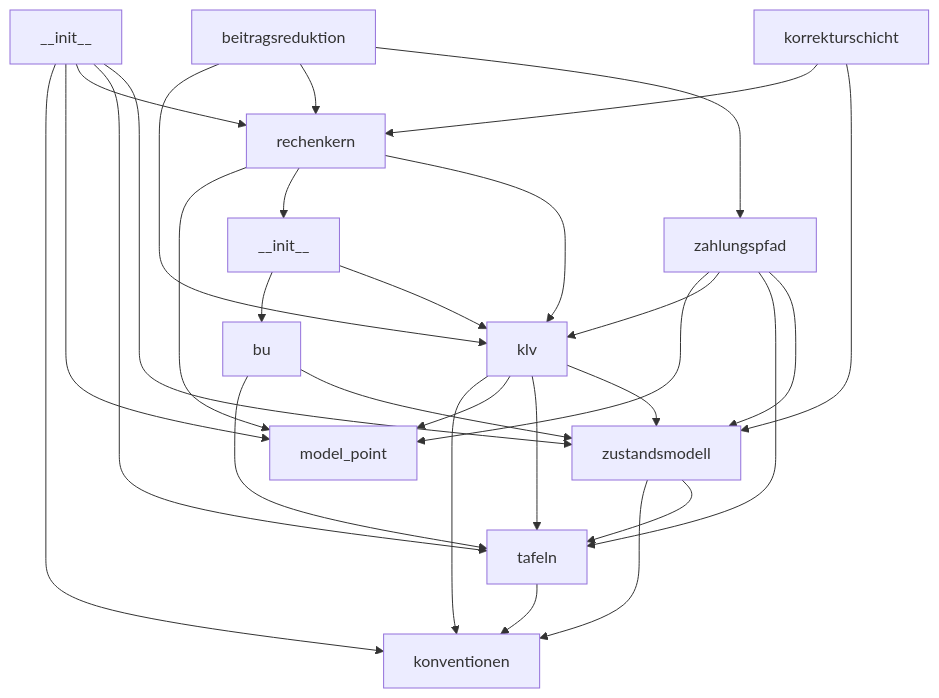
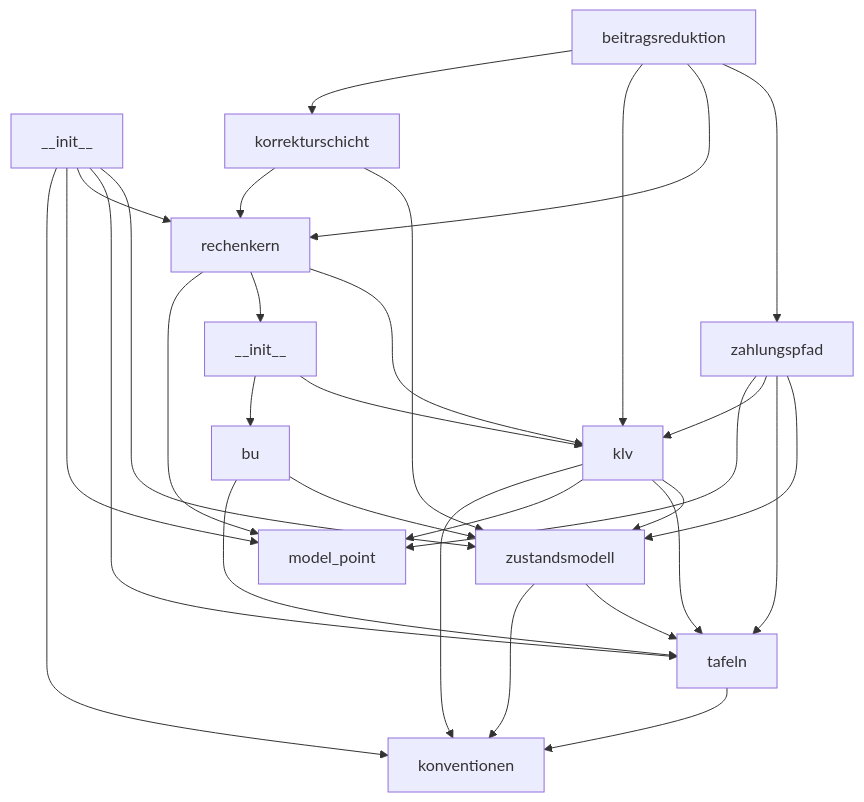
One commit to bartlmac/rechner-pipeline changed the third of 3 diagrams in docs/architektur/landkarte.md. Above: the diagram before and after it, drawn with Mermaid. The commit also changed other lines of this file and 14 other files, not shown here.

````diff
--- a/docs/architektur/landkarte.md
+++ b/docs/architektur/landkarte.md
@@ -105,44 +105,45 @@
 ```mermaid
 %% kern — erzeugt von ontologie.landkarte
 flowchart TD
     rechner_pipeline_kern___init___py["__init__"]
     rechner_pipeline_kern_beitragsreduktion_py["beitragsreduktion"]
     rechner_pipeline_kern_konventionen_py["konventionen"]
     rechner_pipeline_kern_korrekturschicht_py["korrekturschicht"]
     rechner_pipeline_kern_model_point_py["model_point"]
     rechner_pipeline_kern_produkte___init___py["__init__"]
     rechner_pipeline_kern_produkte_bu_py["bu"]
     rechner_pipeline_kern_produkte_klv_py["klv"]
     rechner_pipeline_kern_rechenkern_py["rechenkern"]
     rechner_pipeline_kern_tafeln_py["tafeln"]
     rechner_pipeline_kern_zahlungspfad_py["zahlungspfad"]
     rechner_pipeline_kern_zustandsmodell_py["zustandsmodell"]
     rechner_pipeline_kern___init___py --> rechner_pipeline_kern_konventionen_py
     rechner_pipeline_kern___init___py --> rechner_pipeline_kern_model_point_py
     rechner_pipeline_kern___init___py --> rechner_pipeline_kern_rechenkern_py
     rechner_pipeline_kern___init___py --> rechner_pipeline_kern_tafeln_py
     rechner_pipeline_kern___init___py --> rechner_pipeline_kern_zustandsmodell_py
+    rechner_pipeline_kern_beitragsreduktion_py --> rechner_pipeline_kern_korrekturschicht_py
     rechner_pipeline_kern_beitragsreduktion_py --> rechner_pipeline_kern_produkte_klv_py
     rechner_pipeline_kern_beitragsreduktion_py --> rechner_pipeline_kern_rechenkern_py
     rechner_pipeline_kern_beitragsreduktion_py --> rechner_pipeline_kern_zahlungspfad_py
     rechner_pipeline_kern_korrekturschicht_py --> rechner_pipeline_kern_rechenkern_py
     rechner_pipeline_kern_korrekturschicht_py --> rechner_pipeline_kern_zustandsmodell_py
     rechner_pipeline_kern_produkte___init___py --> rechner_pipeline_kern_produkte_bu_py
     rechner_pipeline_kern_produkte___init___py --> rechner_pipeline_kern_produkte_klv_py
     rechner_pipeline_kern_produkte_bu_py --> rechner_pipeline_kern_tafeln_py
     rechner_pipeline_kern_produkte_bu_py --> rechner_pipeline_kern_zustandsmodell_py
     rechner_pipeline_kern_produkte_klv_py --> rechner_pipeline_kern_konventionen_py
     rechner_pipeline_kern_produkte_klv_py --> rechner_pipeline_kern_model_point_py
     rechner_pipeline_kern_produkte_klv_py --> rechner_pipeline_kern_tafeln_py
     rechner_pipeline_kern_produkte_klv_py --> rechner_pipeline_kern_zustandsmodell_py
     rechner_pipeline_kern_rechenkern_py --> rechner_pipeline_kern_model_point_py
     rechner_pipeline_kern_rechenkern_py --> rechner_pipeline_kern_produkte___init___py
     rechner_pipeline_kern_rechenkern_py --> rechner_pipeline_kern_produkte_klv_py
     rechner_pipeline_kern_tafeln_py --> rechner_pipeline_kern_konventionen_py
     rechner_pipeline_kern_zahlungspfad_py --> rechner_pipeline_kern_model_point_py
     rechner_pipeline_kern_zahlungspfad_py --> rechner_pipeline_kern_produkte_klv_py
     rechner_pipeline_kern_zahlungspfad_py --> rechner_pipeline_kern_tafeln_py
     rechner_pipeline_kern_zahlungspfad_py --> rechner_pipeline_kern_zustandsmodell_py
     rechner_pipeline_kern_zustandsmodell_py --> rechner_pipeline_kern_konventionen_py
     rechner_pipeline_kern_zustandsmodell_py --> rechner_pipeline_kern_tafeln_py
 ```
````
